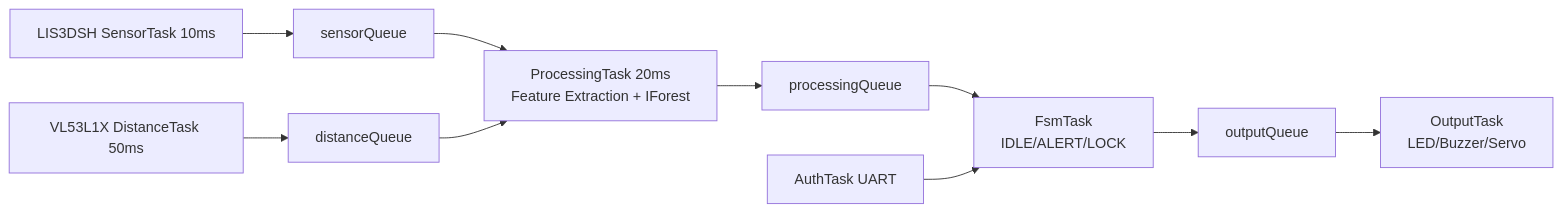
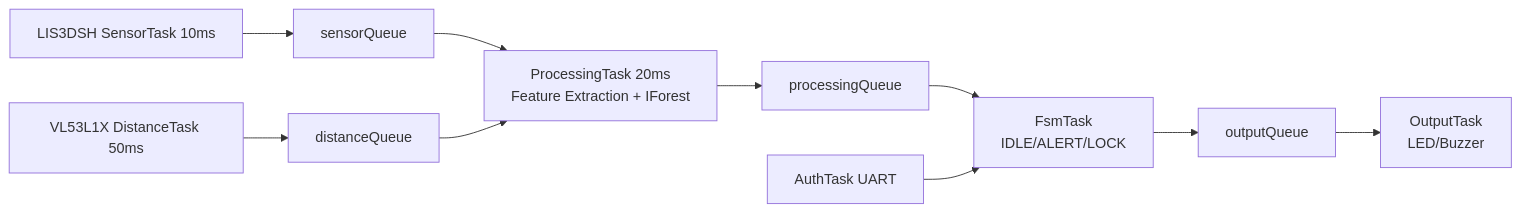
One commit to naormauda/Real-Time-Embedded-Condition-Monitoring-System changed the first of 2 diagrams in README.md. Above: the diagram before and after it, drawn with Mermaid. The commit also changed other lines of this file and 25 other files, not shown here.

First line of the commit message:
Scope freeze: disable servo, enable buzzer, verify FSM timing frozen

````diff
--- a/README.md
+++ b/README.md
@@ -52,12 +59,12 @@
 ```mermaid
 flowchart LR
   A[LIS3DSH SensorTask 10ms] --> Q1[sensorQueue]
   B[VL53L1X DistanceTask 50ms] --> Q2[distanceQueue]
   Q1 --> C[ProcessingTask 20ms\nFeature Extraction + IForest]
   Q2 --> C
   C --> Q3[processingQueue]
   Q3 --> D[FsmTask\nIDLE/ALERT/LOCK]
   D --> Q4[outputQueue]
-  Q4 --> E[OutputTask\nLED/Buzzer/Servo]
+  Q4 --> E[OutputTask\nLED/Buzzer]
   F[AuthTask UART] --> D
 ```
````
